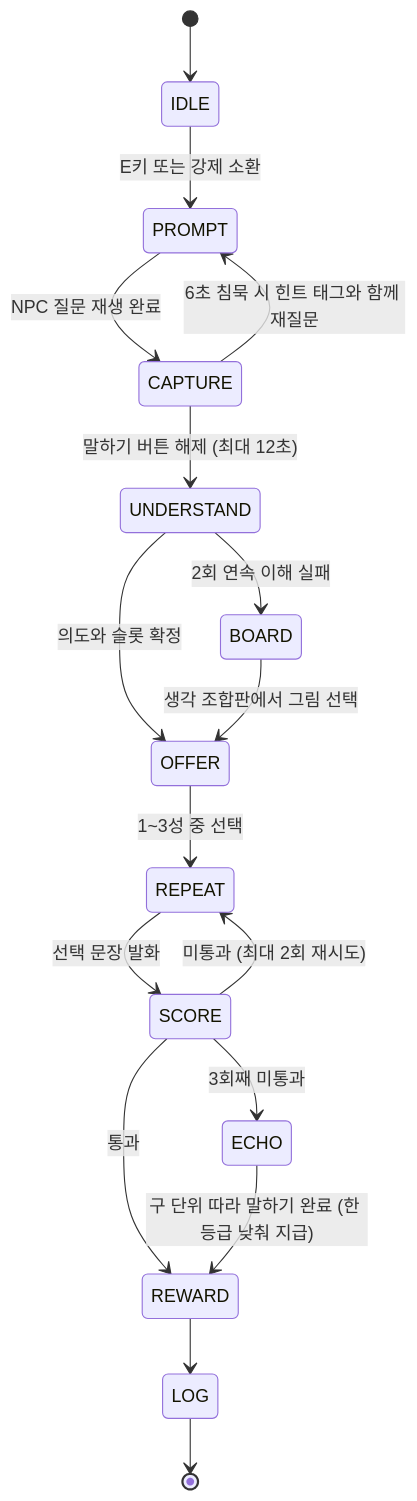
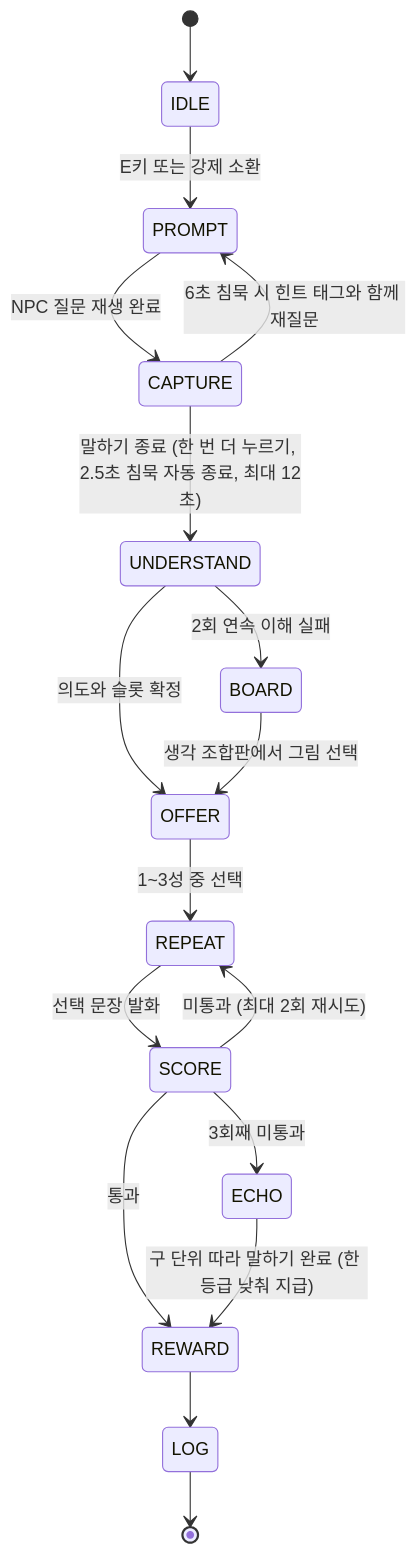
The first of 2 diagrams in docs/04-conversation-engine.md (24h-gambler/lcw-mosaic), drawn with Mermaid before and after one commit. The commit also changed other lines of this file and 12 other files, not shown here.

````diff
--- a/docs/04-conversation-engine.md
+++ b/docs/04-conversation-engine.md
@@ -7,19 +7,19 @@
 ```mermaid
 stateDiagram-v2
   [*] --> IDLE
   IDLE --> PROMPT: E키 또는 강제 소환
   PROMPT --> CAPTURE: NPC 질문 재생 완료
-  CAPTURE --> UNDERSTAND: 말하기 버튼 해제 (최대 12초)
+  CAPTURE --> UNDERSTAND: 말하기 종료 (한 번 더 누르기, 2.5초 침묵 자동 종료, 최대 12초)
   CAPTURE --> PROMPT: 6초 침묵 시 힌트 태그와 함께 재질문
   UNDERSTAND --> OFFER: 의도와 슬롯 확정
   UNDERSTAND --> BOARD: 2회 연속 이해 실패
   BOARD --> OFFER: 생각 조합판에서 그림 선택
   OFFER --> REPEAT: 1~3성 중 선택
   REPEAT --> SCORE: 선택 문장 발화
   SCORE --> REWARD: 통과
   SCORE --> REPEAT: 미통과 (최대 2회 재시도)
   SCORE --> ECHO: 3회째 미통과
   ECHO --> REWARD: 구 단위 따라 말하기 완료 (한 등급 낮춰 지급)
   REWARD --> LOG
   LOG --> [*]
 ```
````
